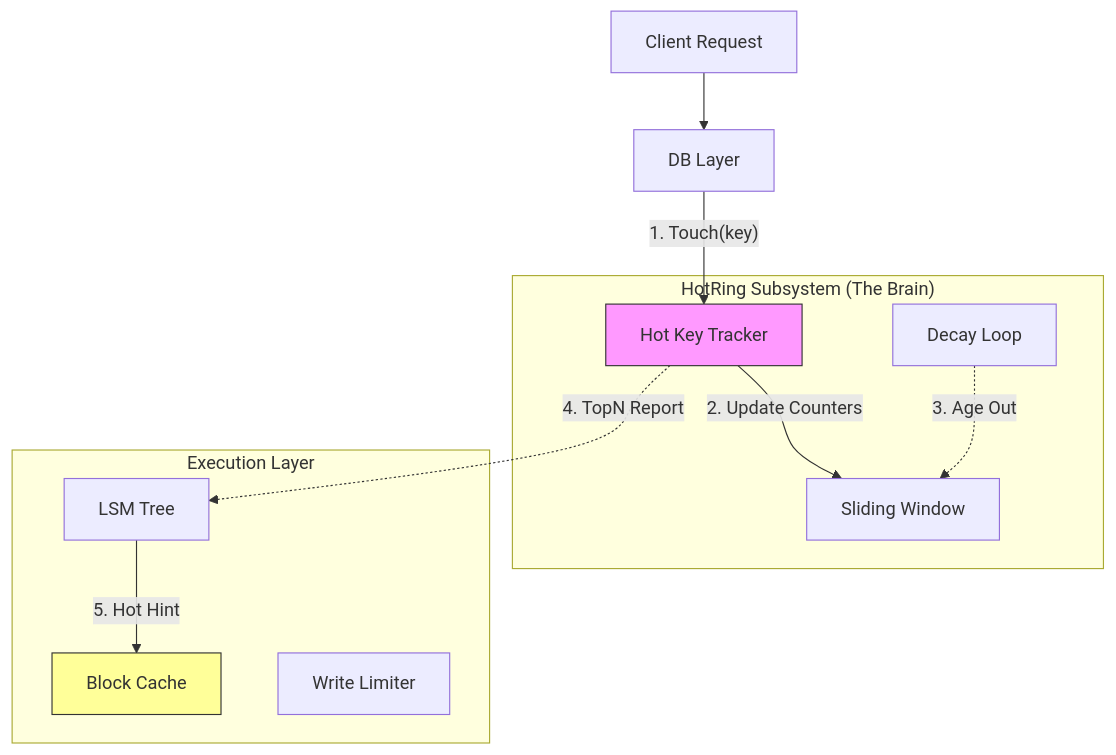
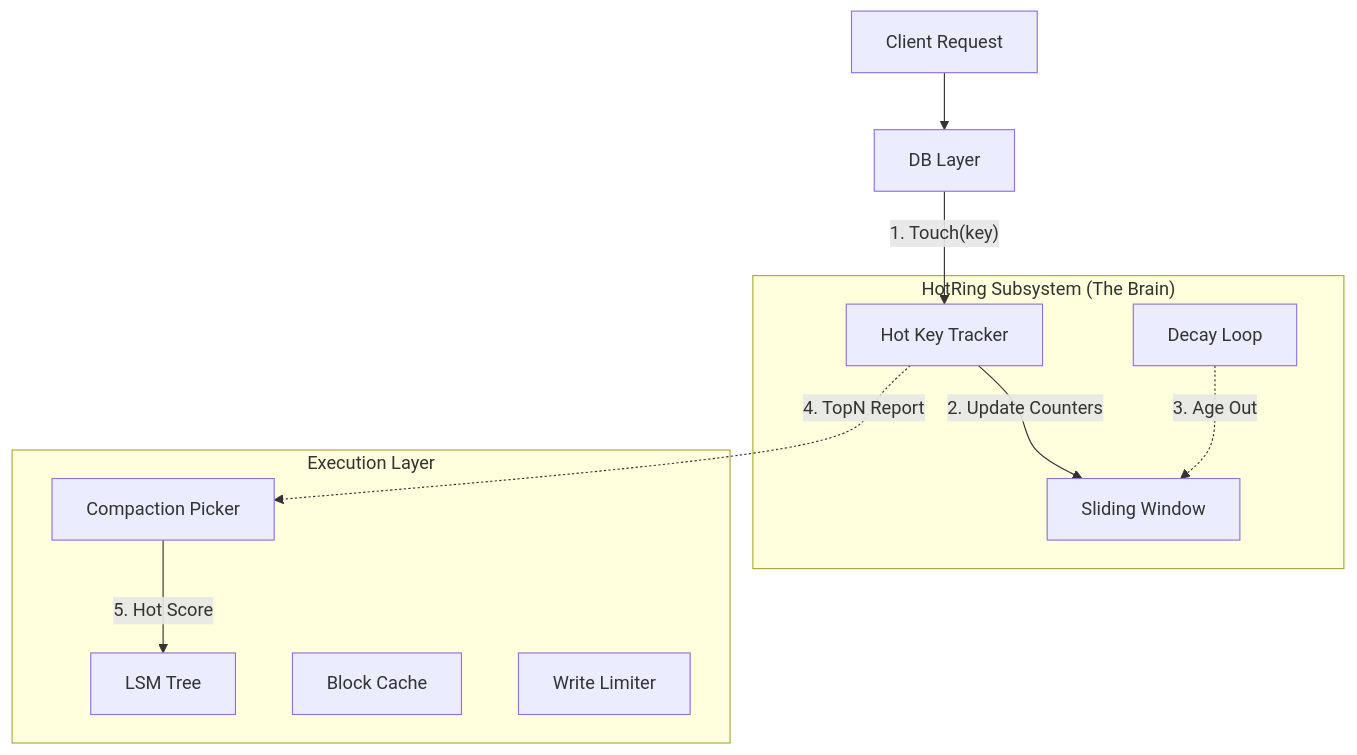
The diagram in docs/notes/2026-01-16-hotring-design.md (feichai0017/NoKV), drawn with Mermaid before and after one commit. The commit also changed other lines of this file and 3 other files, not shown here.

````diff
--- a/docs/notes/2026-01-16-hotring-design.md
+++ b/docs/notes/2026-01-16-hotring-design.md
@@ -30,26 +30,24 @@
 ```mermaid
 graph TD
     Client[Client Request] --> DB[DB Layer]
     
     subgraph "HotRing Subsystem (The Brain)"
         Tracker[Hot Key Tracker]
         Window[Sliding Window]
         Decay[Decay Loop]
     end
     
     subgraph "Execution Layer"
         LSM[LSM Tree]
         Cache[Block Cache]
+        Compaction[Compaction Picker]
         Limiter[Write Limiter]
     end
     
     DB -->|"1. Touch(key)"| Tracker
     Tracker -->|"2. Update Counters"| Window
     Decay -.->|"3. Age Out"| Window
     
-    Tracker -.->|"4. TopN Report"| LSM
-    LSM -->|"5. Hot Hint"| Cache
-    
-    style Tracker fill:#f9f,stroke:#333
-    style Cache fill:#ff9,stroke:#333
+    Tracker -.->|"4. TopN Report"| Compaction
+    Compaction -->|"5. Hot Score"| LSM
 ```
````
